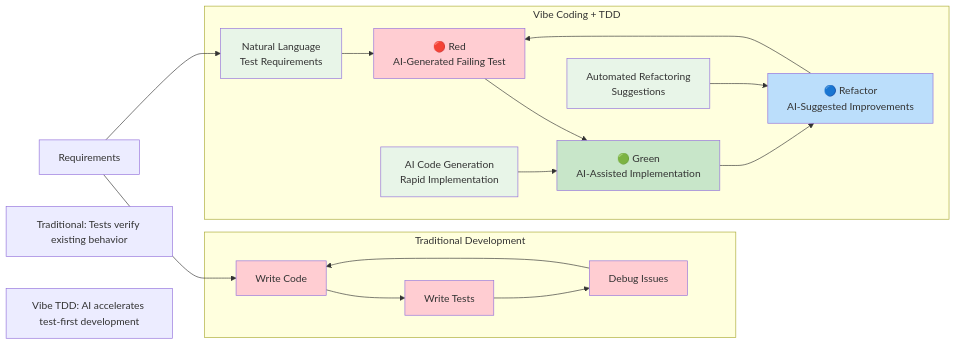
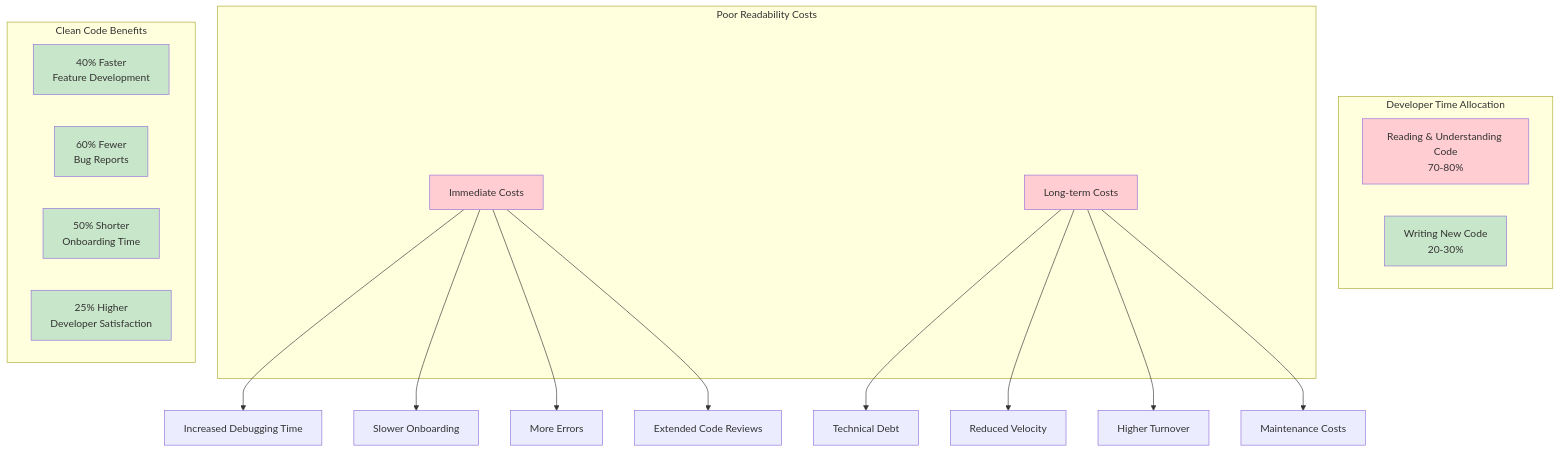
Before and after one commit to hunkim/VibeSoftwareEngineering: the first of 3 diagrams in chapters/chapter-09.md, drawn with Mermaid. The commit also changed other lines of this file and 17 other files, not shown here.

First line of the commit message:
docs(chapters): update chapter-01.md to reflect vibe coding principles and philosophy

````diff
--- a/chapters/chapter-09.md
+++ b/chapters/chapter-09.md
@@ -33,32 +24,38 @@
 ```mermaid
-graph LR
-    subgraph "Traditional Development"
-        A["Write Code"] --> B["Write Tests"] --> C["Debug Issues"]
-        C --> A
+graph TD
+    subgraph "Developer Time Allocation"
+        A["Reading & Understanding Code<br/>70-80%"]
+        B["Writing New Code<br/>20-30%"]
     end
     
-    subgraph "Vibe Coding + TDD"
-        D["🔴 Red<br/>AI-Generated Failing Test"] --> E["🟢 Green<br/>AI-Assisted Implementation"] --> F["🔵 Refactor<br/>AI-Suggested Improvements"]
-        F --> D
-        
-        V1["Natural Language<br/>Test Requirements"] --> D
-        V2["AI Code Generation<br/>Rapid Implementation"] --> E
-        V3["Automated Refactoring<br/>Suggestions"] --> F
+    subgraph "Poor Readability Costs"
+        C["Immediate Costs"]
+        D["Long-term Costs"]
     end
     
-    G["Requirements"] --> A
-    G --> V1
+    C --> E["Increased Debugging Time"]
+    C --> F["Slower Onboarding"]
+    C --> G["More Errors"]
+    C --> H["Extended Code Reviews"]
     
-    H["Traditional: Tests verify existing behavior"]
-    I["Vibe TDD: AI accelerates test-first development"]
+    D --> I["Technical Debt"]
+    D --> J["Reduced Velocity"]
+    D --> K["Higher Turnover"]
+    D --> L["Maintenance Costs"]
+    
+    subgraph "Clean Code Benefits"
+        M["40% Faster<br/>Feature Development"]
+        N["60% Fewer<br/>Bug Reports"]
+        O["50% Shorter<br/>Onboarding Time"]
+        P["25% Higher<br/>Developer Satisfaction"]
+    end
     
     style A fill:#ffcdd2
-    style B fill:#ffcdd2
+    style B fill:#c8e6c9
     style C fill:#ffcdd2
     style D fill:#ffcdd2
-    style E fill:#c8e6c9
-    style F fill:#bbdefb
-    style V1 fill:#e8f5e8
-    style V2 fill:#e8f5e8
-    style V3 fill:#e8f5e8
+    style M fill:#c8e6c9
+    style N fill:#c8e6c9
+    style O fill:#c8e6c9
+    style P fill:#c8e6c9
 ```
````
